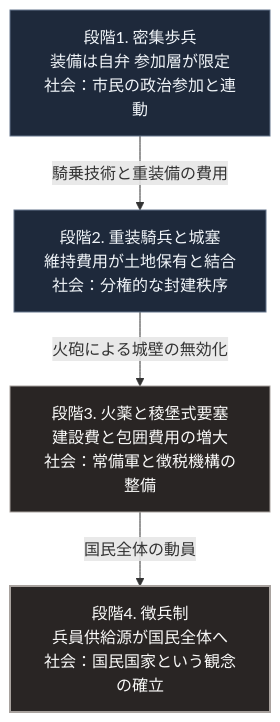
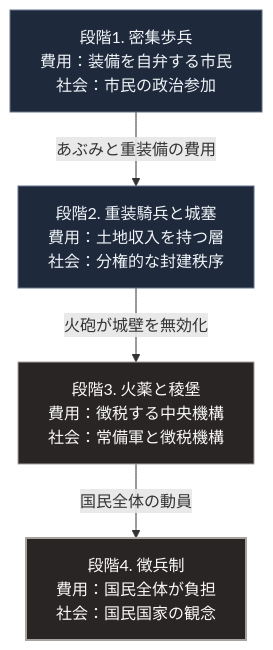
One commit to Takenori-Kusaka/zenn-content changed the diagram in books/sovereign-resilience-blueprint/war-technology-evolution.md. Above: the diagram before and after it, drawn with Mermaid. The commit also changed other lines of this file and 114 other files, not shown here.

````diff
--- a/books/sovereign-resilience-blueprint/war-technology-evolution.md
+++ b/books/sovereign-resilience-blueprint/war-technology-evolution.md
@@ -77,12 +77,12 @@
 ```mermaid
 flowchart TD
-    A[段階1. 密集歩兵<br>装備は自弁 参加層が限定<br>社会：市民の政治参加と連動]
-    A -->|騎乗技術と重装備の費用| B[段階2. 重装騎兵と城塞<br>維持費用が土地保有と結合<br>社会：分権的な封建秩序]
-    B -->|火砲による城壁の無効化| C[段階3. 火薬と稜堡式要塞<br>建設費と包囲費用の増大<br>社会：常備軍と徴税機構の整備]
-    C -->|国民全体の動員| D[段階4. 徴兵制<br>兵員供給源が国民全体へ<br>社会：国民国家という観念の確立]
+    A[段階1. 密集歩兵<br>費用：装備を自弁する市民<br>社会：市民の政治参加]
+    A -->|あぶみと重装備の費用| B[段階2. 重装騎兵と城塞<br>費用：土地収入を持つ層<br>社会：分権的な封建秩序]
+    B -->|火砲が城壁を無効化| C[段階3. 火薬と稜堡<br>費用：徴税する中央機構<br>社会：常備軍と徴税機構]
+    C -->|国民全体の動員| D[段階4. 徴兵制<br>費用：国民全体が負担<br>社会：国民国家の観念]
 
     style A fill:#1e293b,stroke:#64748b,color:#f1f5f9
     style B fill:#1e293b,stroke:#64748b,color:#f1f5f9
     style C fill:#292524,stroke:#a8a29e,color:#fafaf9
     style D fill:#292524,stroke:#a8a29e,stroke-width:2px,color:#fafaf9
 ```
````
